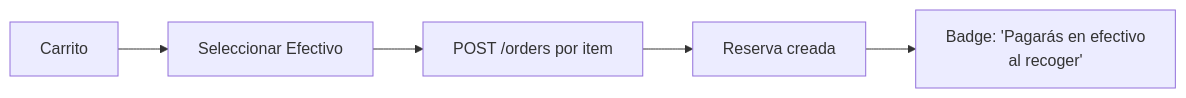
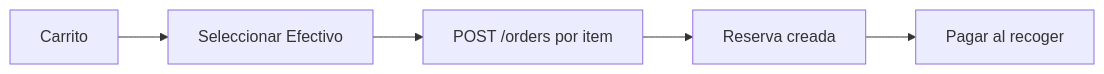
One commit to Edmilzon/reduccion_desperdicio_alimentos changed the second of 2 diagrams in README.md. Above: the diagram before and after it, drawn with Mermaid. The commit also changed other lines of this file, not shown here.

````diff
--- a/README.md
+++ b/README.md
@@ -37,7 +173,7 @@
 ```mermaid
 flowchart LR
     A[Carrito] --> B[Seleccionar Efectivo]
     B --> C[POST /orders por item]
     C --> D[Reserva creada]
-    D --> E["Badge: 'Pagarás en efectivo<br/>al recoger'"]
+    D --> E[Pagar al recoger]
 ```
````
